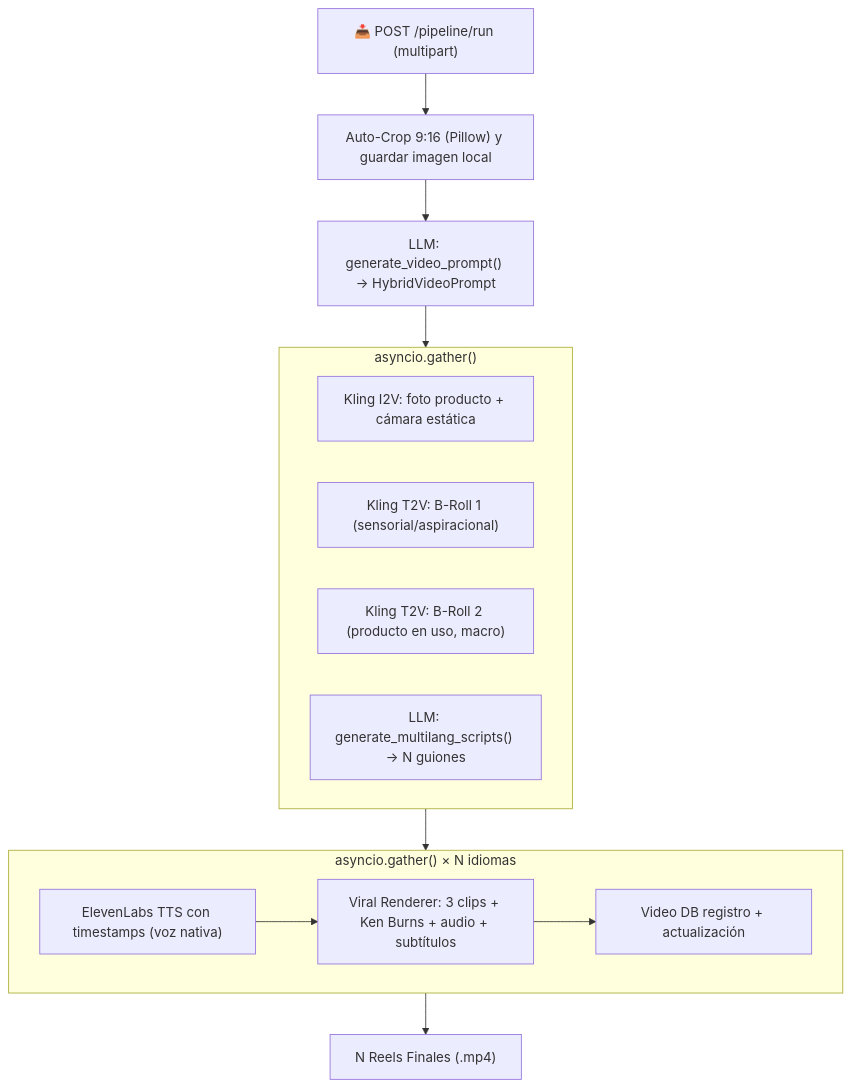
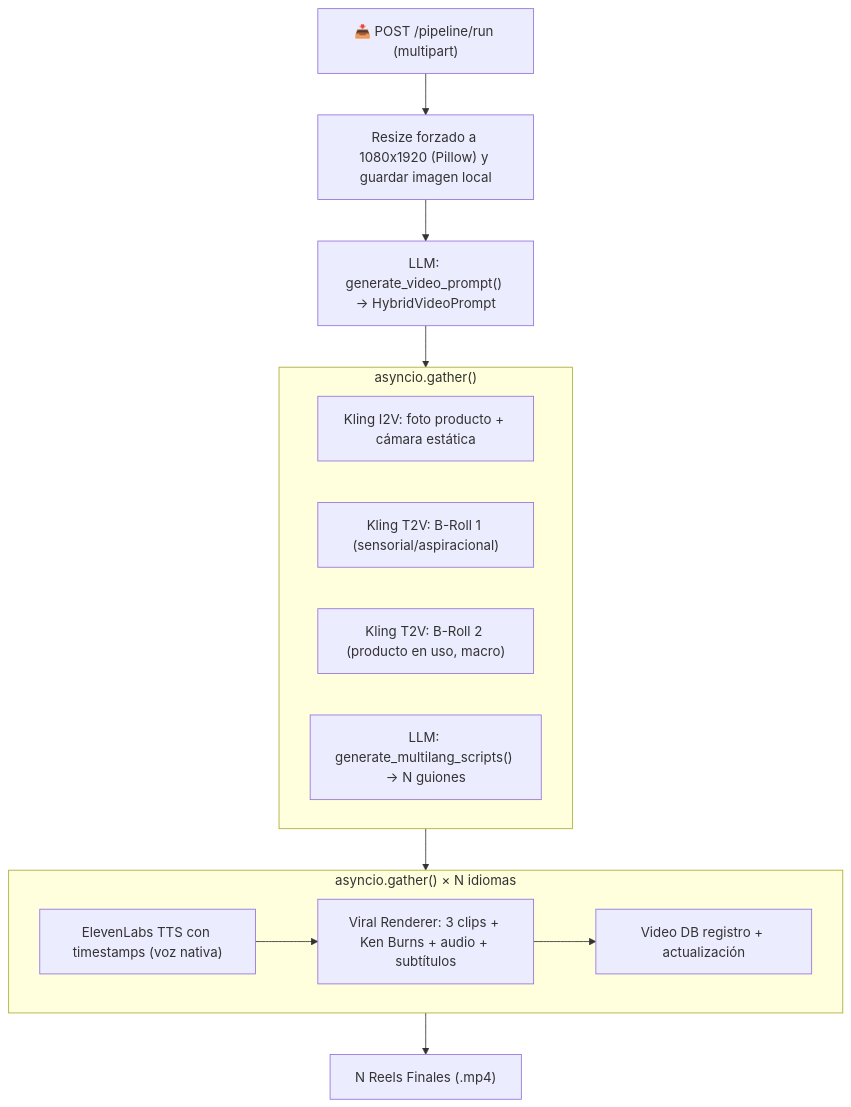
Before and after one commit to facusm/affiliate_marketing_bot: the second of 4 diagrams in workflow.md, drawn with Mermaid. The commit also changed other lines of this file and 4 other files, not shown here.

````diff
--- a/workflow.md
+++ b/workflow.md
@@ -300,24 +300,24 @@
 ```mermaid
 flowchart TD
-    A["📥 POST /pipeline/run (multipart)"] --> B["Auto-Crop 9:16 (Pillow) y guardar imagen local"]
+    A["📥 POST /pipeline/run (multipart)"] --> B["Resize forzado a 1080x1920 (Pillow) y guardar imagen local"]
     B --> PB1["LLM: generate_video_prompt() → HybridVideoPrompt"]
     
     PB1 --> PB2["Paso 2+3 en PARALELO"]
     
     subgraph PB2["asyncio.gather()"]
         PB2A["Kling I2V: foto producto + cámara estática"]
         PB2B["Kling T2V: B-Roll 1 (sensorial/aspiracional)"]
         PB2C["Kling T2V: B-Roll 2 (producto en uso, macro)"]
         PB2D["LLM: generate_multilang_scripts() → N guiones"]
     end
     
     PB2 --> PB3["Para cada idioma (en PARALELO, SessionLocal aislada)"]
     
     subgraph PB3["asyncio.gather() × N idiomas"]
         PB3A["ElevenLabs TTS con timestamps (voz nativa)"]
         PB3A --> PB3B["Viral Renderer: 3 clips + Ken Burns + audio + subtítulos"]
         PB3B --> PB3C["Video DB registro + actualización"]
     end
     
     PB3 --> PB4["N Reels Finales (.mp4)"]
 ```
````
